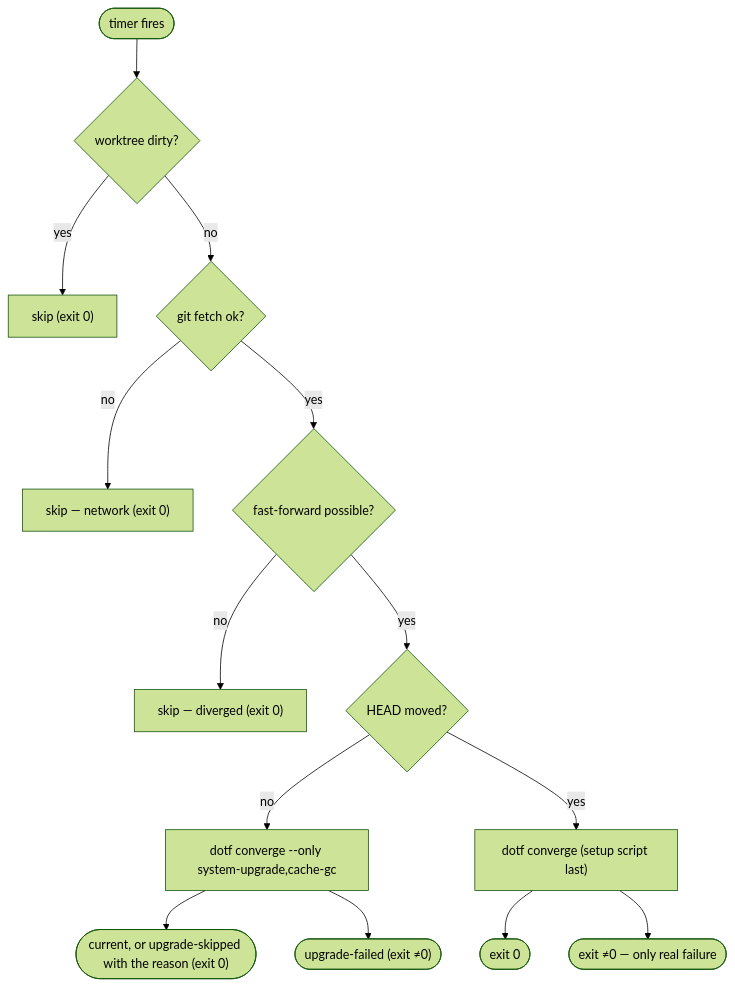
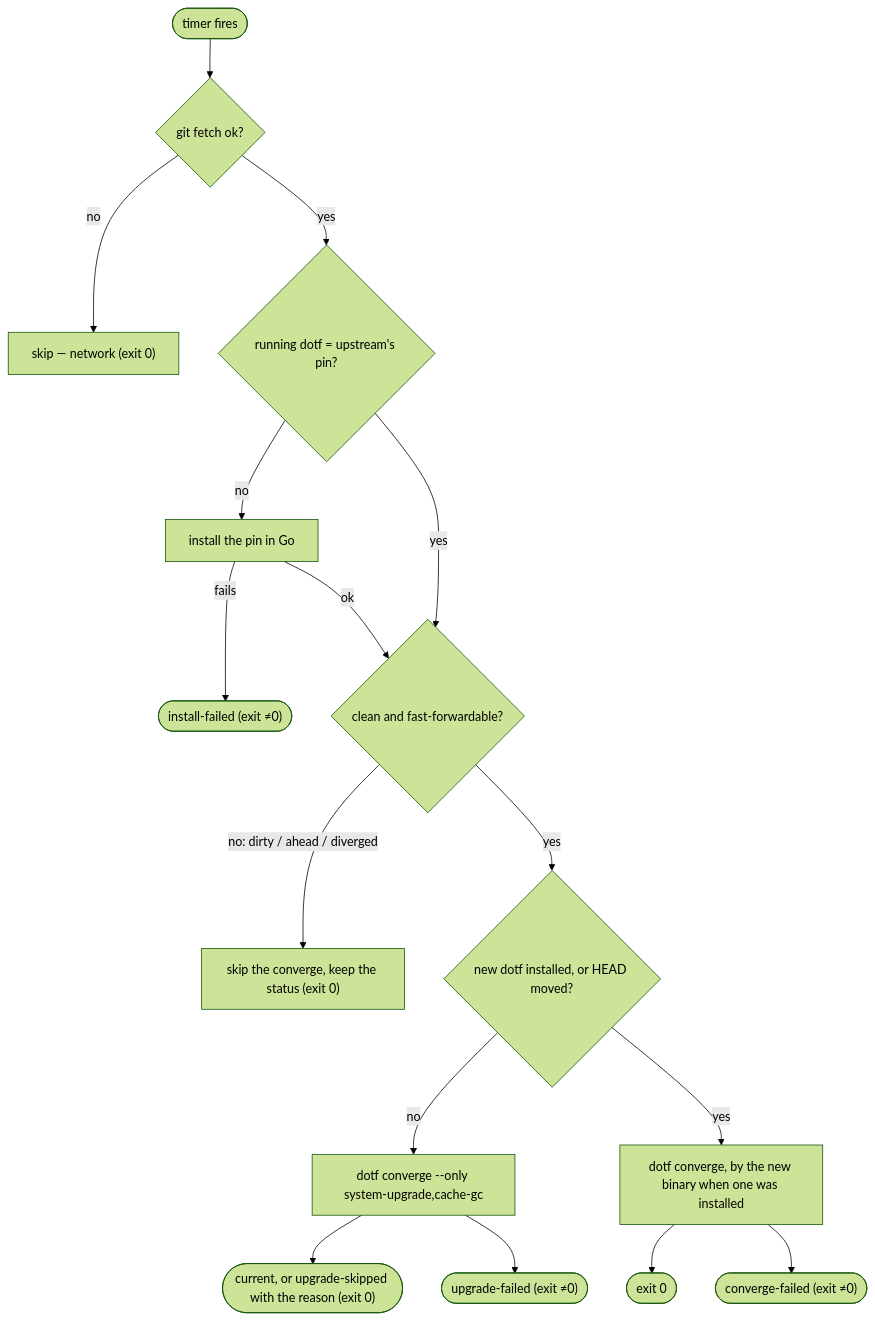
The diagram in docs/runbooks/guide-self-deploy-timer.md (mlorentedev/dotfiles), drawn with Mermaid (forest theme) before and after one commit. The commit also changed other lines of this file and 11 other files, not shown here.

Commit message:
feat(update): install the upstream's pinned dotf from any fetched checkout, in Go

````diff
--- a/docs/runbooks/guide-self-deploy-timer.md
+++ b/docs/runbooks/guide-self-deploy-timer.md
@@ -34,14 +42,16 @@
 ```mermaid
 flowchart TB
-    T([timer fires]) --> D{worktree dirty?}
-    D -- yes --> S1["skip (exit 0)"]
-    D -- no --> F{git fetch ok?}
+    T([timer fires]) --> F{git fetch ok?}
     F -- no --> S2["skip — network (exit 0)"]
-    F -- yes --> FF{fast-forward possible?}
-    FF -- no --> S3["skip — diverged (exit 0)"]
-    FF -- yes --> M{HEAD moved?}
+    F -- yes --> P{"running dotf = upstream's pin?"}
+    P -- no --> I["install the pin in Go"]
+    I -- fails --> IF(["install-failed (exit ≠0)"])
+    I -- ok --> D
+    P -- yes --> D{"clean and fast-forwardable?"}
+    D -- "no: dirty / ahead / diverged" --> S3["skip the converge, keep the status (exit 0)"]
+    D -- yes --> M{"new dotf installed, or HEAD moved?"}
     M -- no --> UP["dotf converge --only system-upgrade,cache-gc"]
     UP --> OK2(["current, or upgrade-skipped with the reason (exit 0)"]) & UF(["upgrade-failed (exit ≠0)"])
-    M -- yes --> SETUP["dotf converge (setup script last)"]
-    SETUP --> OK([exit 0]) & ERR(["exit ≠0 — only real failure"])
+    M -- yes --> SETUP["dotf converge, by the new binary when one was installed"]
+    SETUP --> OK([exit 0]) & ERR(["converge-failed (exit ≠0)"])
 ```
````
